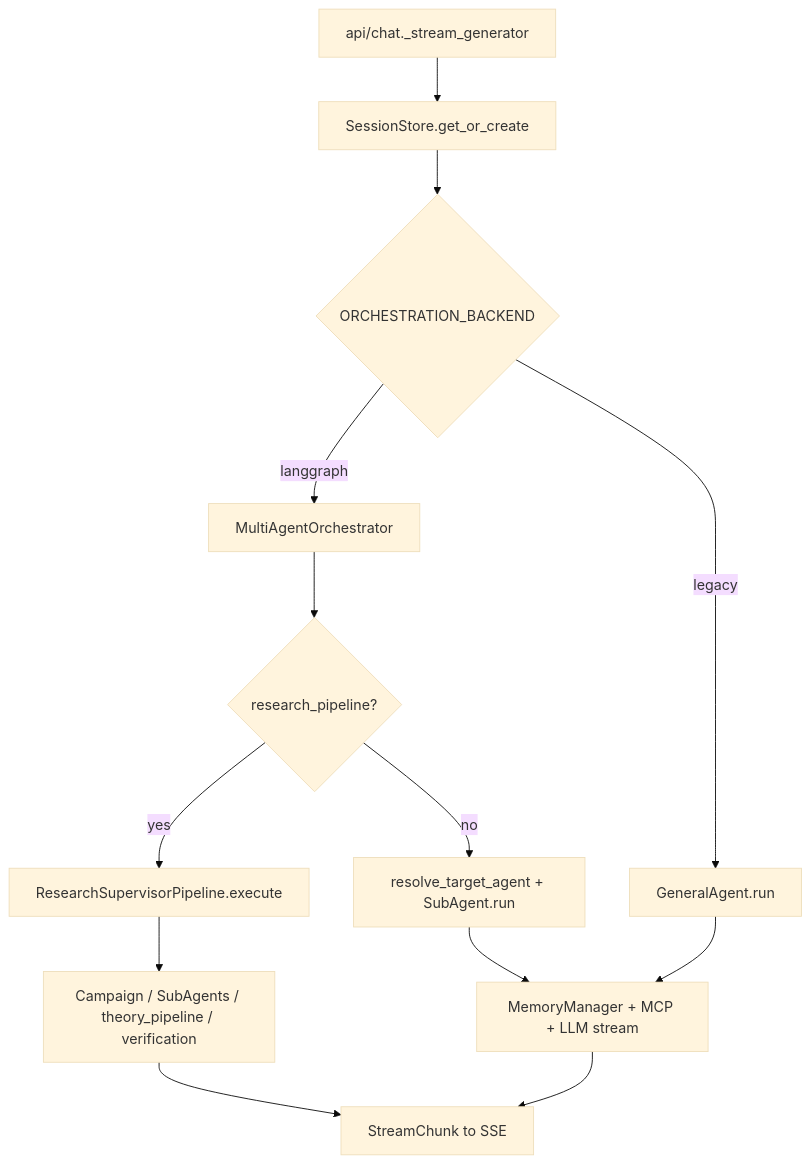
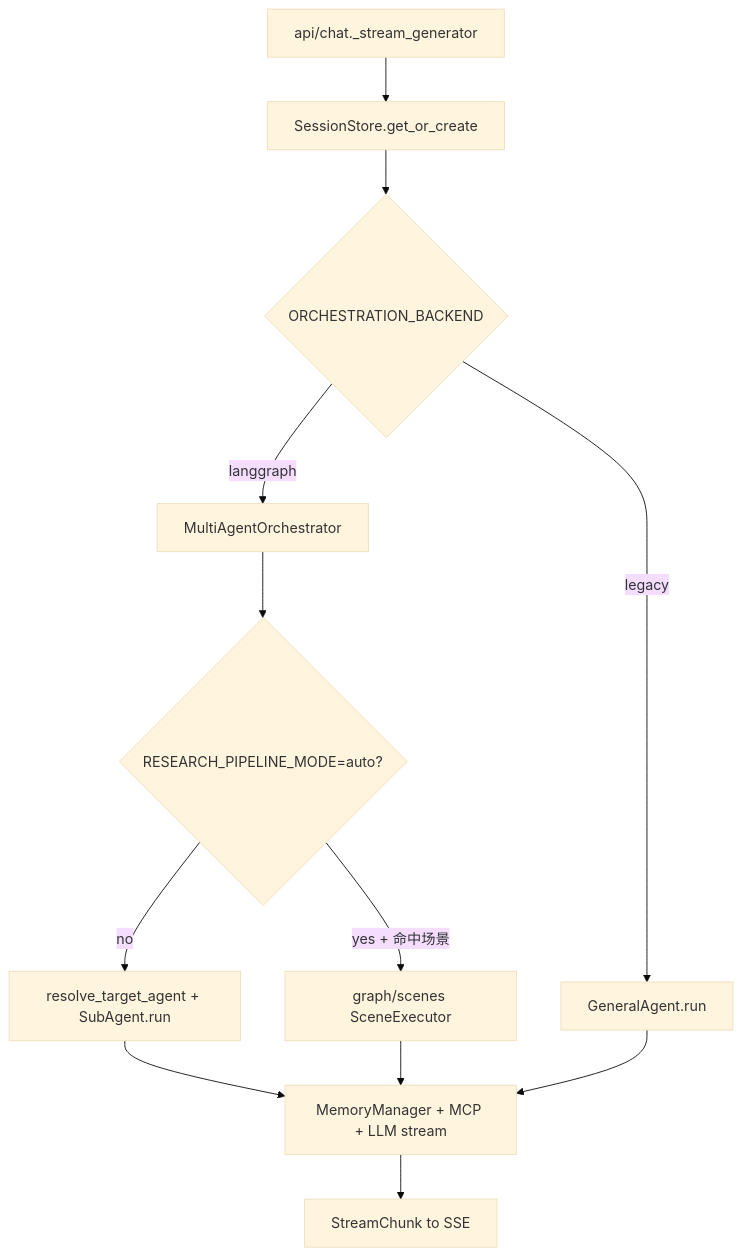
One commit to Qiming124/ai4s-research-agent changed the second of 3 diagrams in doc/API-ROUTES.md. Above: the diagram before and after it, drawn with Mermaid (base theme). The commit also changed other lines of this file and 165 other files, not shown here.

First line of the commit message:
feat: theory-side architecture with artifacts, theorem import, and submission pack

````diff
--- a/doc/API-ROUTES.md
+++ b/doc/API-ROUTES.md
@@ -47,15 +47,14 @@
 ```mermaid
 flowchart TD
   A[api/chat._stream_generator] --> B[SessionStore.get_or_create]
   B --> C{ORCHESTRATION_BACKEND}
   C -->|langgraph| D[MultiAgentOrchestrator]
   C -->|legacy| E[GeneralAgent.run]
-  D --> F{research_pipeline?}
-  F -->|yes| G[ResearchSupervisorPipeline.execute]
+  D --> F{RESEARCH_PIPELINE_MODE=auto?}
+  F -->|yes + 命中场景| G[graph/scenes SceneExecutor]
   F -->|no| H[resolve_target_agent + SubAgent.run]
-  G --> I[Campaign / SubAgents / theory_pipeline / verification]
   H --> J[MemoryManager + MCP + LLM stream]
+  G --> J
   E --> J
-  I --> K[StreamChunk to SSE]
-  J --> K
+  J --> K[StreamChunk to SSE]
 ```
````
